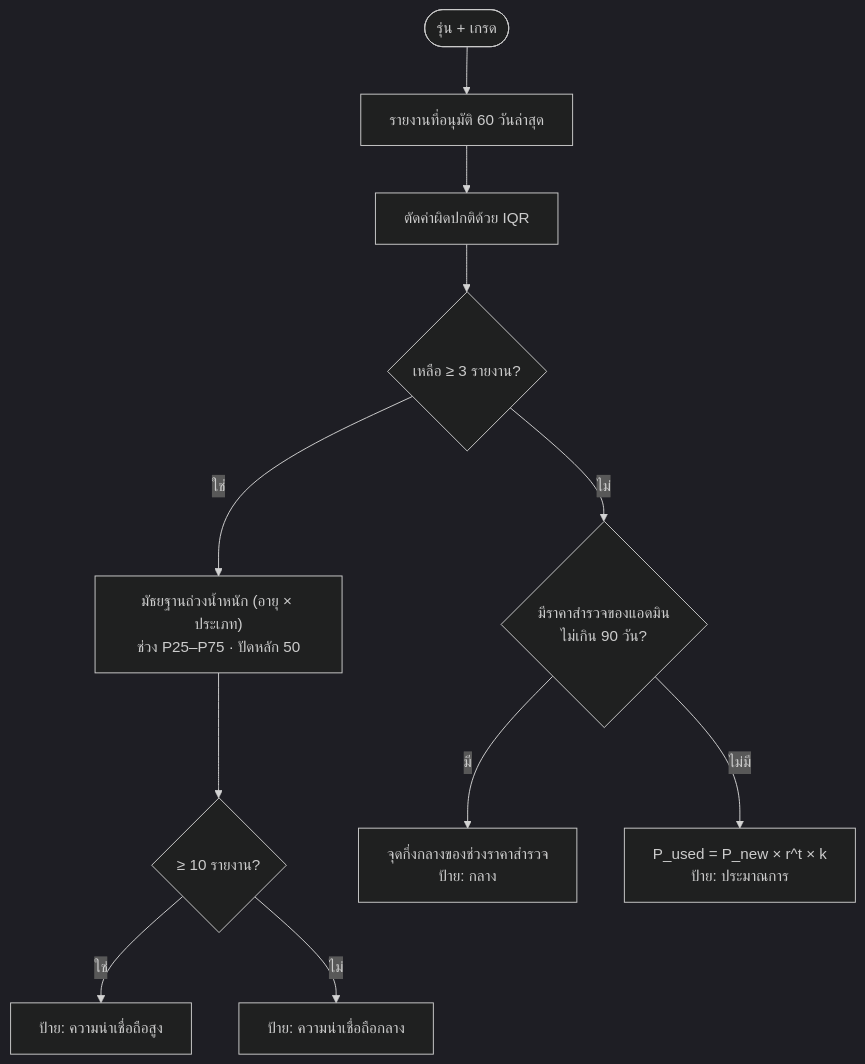
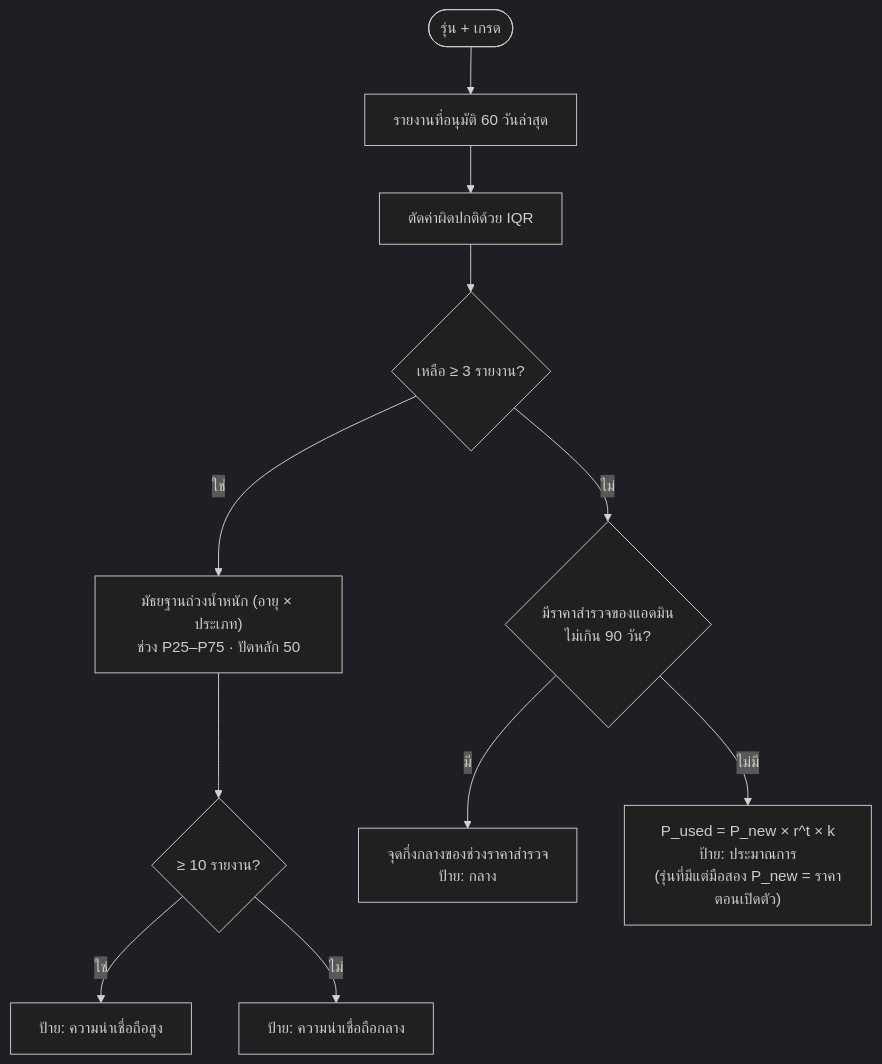
Before and after one commit to LasperX/BuildCheck: the diagram in docs/diagrams/flow-used-price.mmd, drawn with Mermaid (dark theme). The commit also changed 11 other files, not shown here.

Commit message:
อัปเดตไดอะแกรมให้ครบฟีเจอร์ใหม่: Use Case (ตรวจสเปก ยืนยันอีเมลให้ นำเข้าแบบอัปเดต) ผังเว็บไซต์ (หน้าตรวจสเปก) ER จาก Schema จริง (availability) และ Flowchart จัดตามงบ/ราคามือสอง (รุ่นที่มีแต่มือสอง) พร้อมไฟล์รูปใหม่

```diff
--- a/docs/diagrams/flow-used-price.mmd
+++ b/docs/diagrams/flow-used-price.mmd
@@ -1,12 +1,12 @@
 %% เลือกแหล่งราคากลางมือสอง (หัวข้อ 4.6) ตามโค้ดใน src/lib/compat/used-price.ts
 flowchart TD
   s([รุ่น + เกรด]) --> r["รายงานที่อนุมัติ 60 วันล่าสุด"]
   r --> iqr["ตัดค่าผิดปกติด้วย IQR"]
   iqr --> n{"เหลือ ≥ 3 รายงาน?"}
   n -- ใช่ --> med["มัธยฐานถ่วงน้ำหนัก (อายุ × ประเภท)<br/>ช่วง P25–P75 · ปัดหลัก 50"]
   med --> conf{"≥ 10 รายงาน?"}
   conf -- ใช่ --> high["ป้าย: ความน่าเชื่อถือสูง"]
   conf -- ไม่ --> mid["ป้าย: ความน่าเชื่อถือกลาง"]
   n -- ไม่ --> sv{"มีราคาสำรวจของแอดมิน<br/>ไม่เกิน 90 วัน?"}
   sv -- มี --> svp["จุดกึ่งกลางของช่วงราคาสำรวจ<br/>ป้าย: กลาง"]
-  sv -- ไม่มี --> est["P_used = P_new × r^t × k<br/>ป้าย: ประมาณการ"]
+  sv -- ไม่มี --> est["P_used = P_new × r^t × k<br/>ป้าย: ประมาณการ<br/>(รุ่นที่มีแต่มือสอง P_new = ราคาตอนเปิดตัว)"]
```
